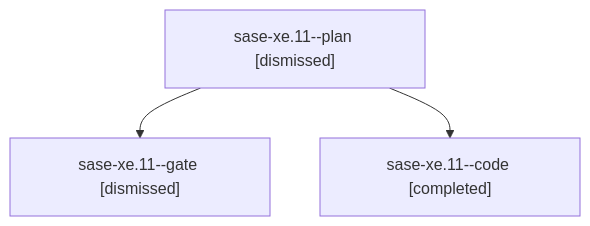
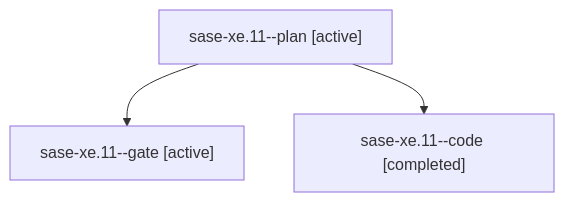
Before and after one commit to sase-org/sase--agents: the diagram in families/bbugyi200.athena.sase-xe.11.md, drawn with Mermaid. The commit also changed other lines of this file and 35830 other files, not shown here.

````diff
--- a/families/bbugyi200.athena.sase-xe.11.md
+++ b/families/bbugyi200.athena.sase-xe.11.md
@@ -9,8 +9,8 @@
 ```mermaid
 flowchart TD
-  n0["sase-xe.11--plan [dismissed]"]
-  n1["sase-xe.11--gate [dismissed]"]
+  n0["sase-xe.11--plan [active]"]
+  n1["sase-xe.11--gate [active]"]
   n0 --> n1
   n2["sase-xe.11--code [completed]"]
   n0 --> n2
 ```
````
